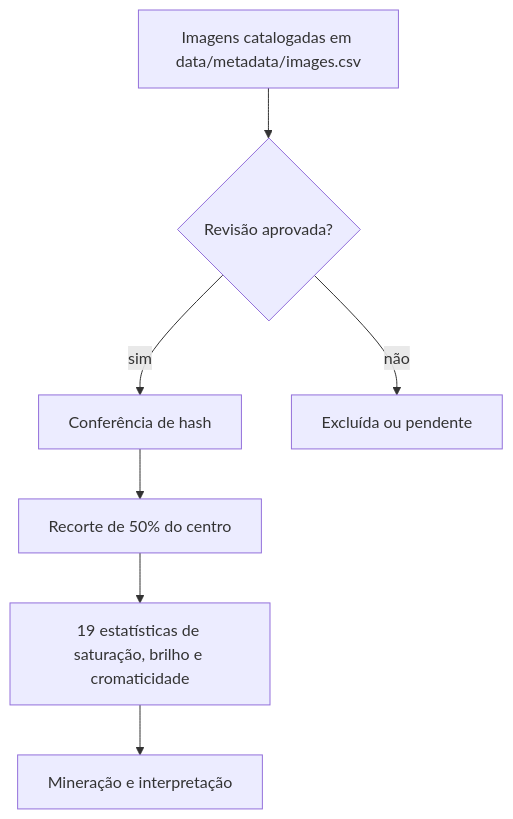
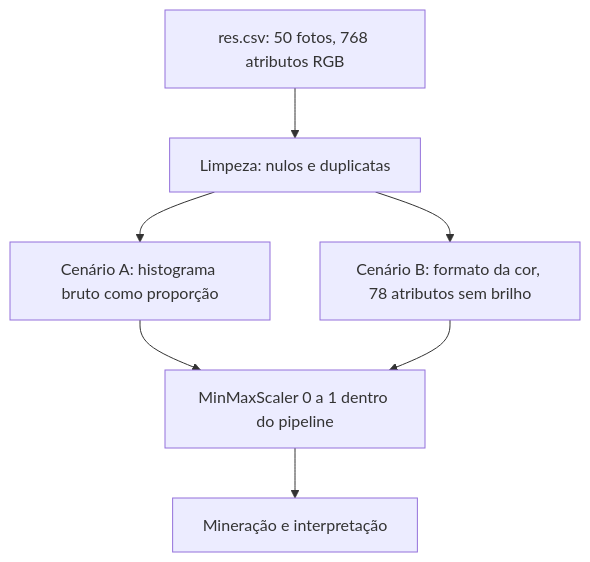
Before and after one commit to PedroArlyx/water-clarity-classifier: the second of 6 diagrams in docs/ARQUITETURA.md, drawn with Mermaid. The commit also changed other lines of this file and 41 other files, not shown here.

````diff
--- a/docs/ARQUITETURA.md
+++ b/docs/ARQUITETURA.md
@@ -21,9 +21,8 @@
 ```mermaid
 flowchart TD
-    B[Imagens catalogadas em data/metadata/images.csv] --> C{Revisão aprovada?}
-    C -- sim --> D[Conferência de hash]
-    C -- não --> X[Excluída ou pendente]
-    D --> F[Recorte de 50% do centro]
-    F --> G[19 estatísticas de saturação, brilho e cromaticidade]
-    G --> J[Mineração e interpretação]
+    A[res.csv: 50 fotos, 768 atributos RGB] --> F[Limpeza: nulos e duplicatas]
+    F --> T1[Cenário A: histograma bruto como proporção]
+    F --> T2[Cenário B: formato da cor, 78 atributos sem brilho]
+    T1 & T2 --> N[MinMaxScaler 0 a 1 dentro do pipeline]
+    N --> J[Mineração e interpretação]
 ```
````
